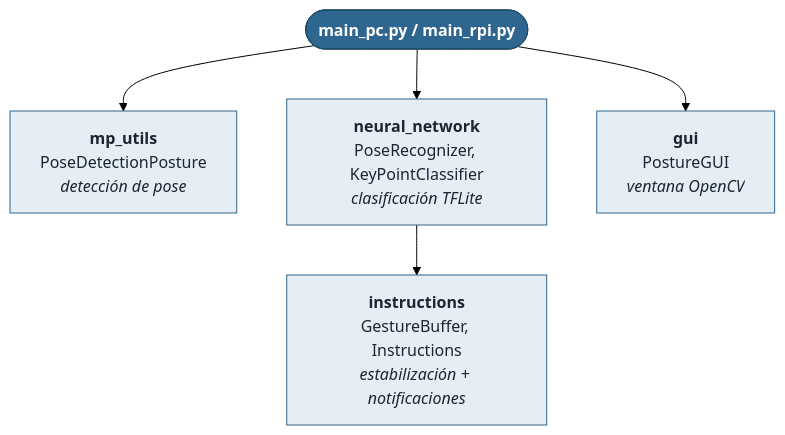
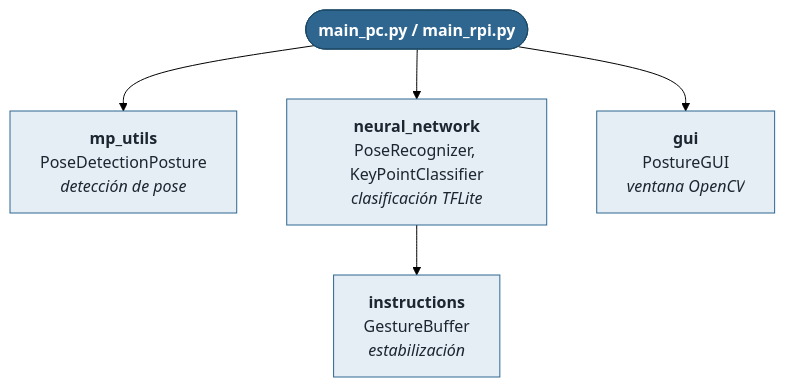
Before and after one commit to RodolGiaco/shpd: the diagram in docs/ARCHITECTURE.md, drawn with Mermaid (forest theme). The commit also changed other lines of this file, not shown here.

First line of the commit message:
docs: sacar la seccion de Telegram de ARCHITECTURE.md

````diff
--- a/docs/ARCHITECTURE.md
+++ b/docs/ARCHITECTURE.md
@@ -7,15 +7,15 @@
 ```mermaid
 flowchart TD
     Main(["main_pc.py / main_rpi.py"])
 
     Main --> Pose["<b>mp_utils</b><br/>PoseDetectionPosture<br/><i>detección de pose</i>"]
     Main --> Rec["<b>neural_network</b><br/>PoseRecognizer, KeyPointClassifier<br/><i>clasificación TFLite</i>"]
     Main --> Gui["<b>gui</b><br/>PostureGUI<br/><i>ventana OpenCV</i>"]
 
-    Rec --> Instr["<b>instructions</b><br/>GestureBuffer, Instructions<br/><i>estabilización + notificaciones</i>"]
+    Rec --> Instr["<b>instructions</b><br/>GestureBuffer<br/><i>estabilización</i>"]
 
     classDef entry fill:#2F6690,stroke:#1c4a66,color:#ffffff,font-weight:bold
     classDef module fill:#E4EEF4,stroke:#2F6690,color:#1C2530
     class Main entry
     class Pose,Rec,Gui,Instr module
 ```
````
